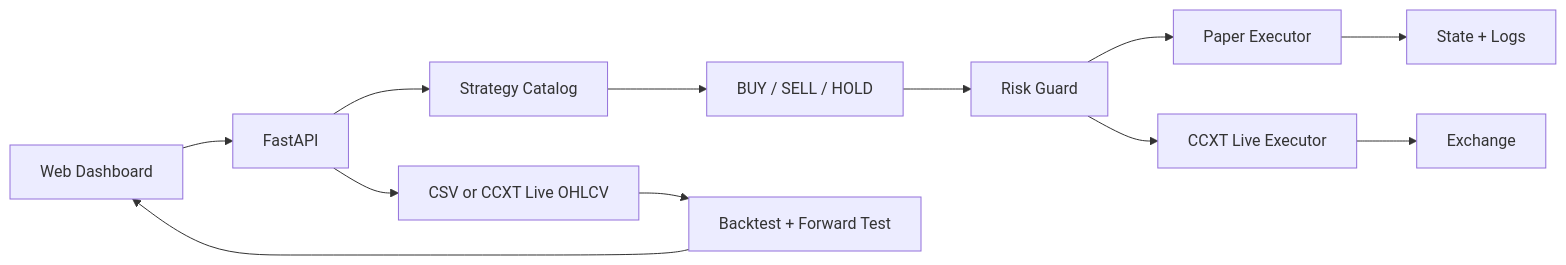
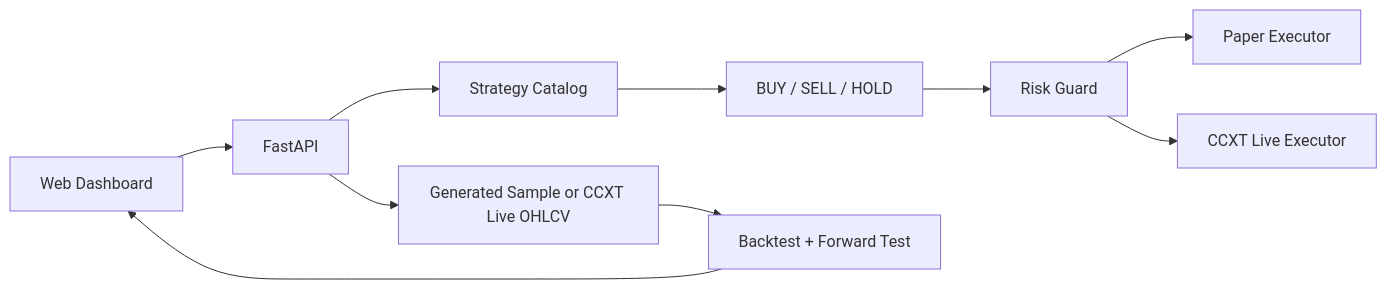
Before and after one commit to univcorp2-ctrl/cripto-auto-trade: the diagram in README.md, drawn with Mermaid. The commit also changed other lines of this file, not shown here.

````diff
--- a/README.md
+++ b/README.md
@@ -145,14 +73,12 @@
 ```mermaid
 flowchart LR
   UI[Web Dashboard] --> API[FastAPI]
   API --> Catalog[Strategy Catalog]
-  API --> Data[CSV or CCXT Live OHLCV]
+  API --> Data[Generated Sample or CCXT Live OHLCV]
   Data --> Backtest[Backtest + Forward Test]
   Catalog --> Signals[BUY / SELL / HOLD]
   Signals --> Risk[Risk Guard]
   Risk --> Paper[Paper Executor]
   Risk --> Live[CCXT Live Executor]
   Backtest --> UI
-  Paper --> Logs[State + Logs]
-  Live --> Exchange[Exchange]
 ```
````
